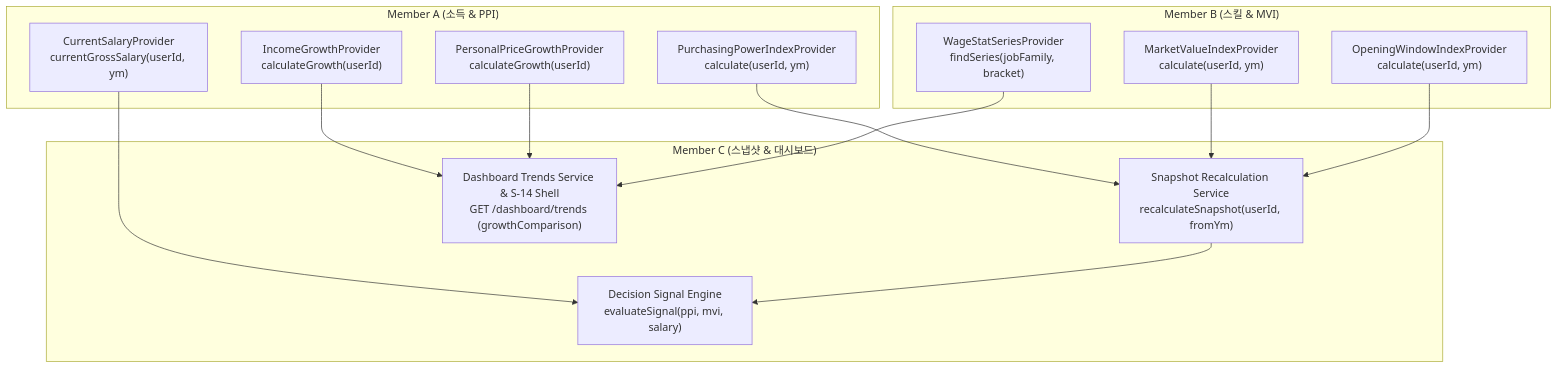
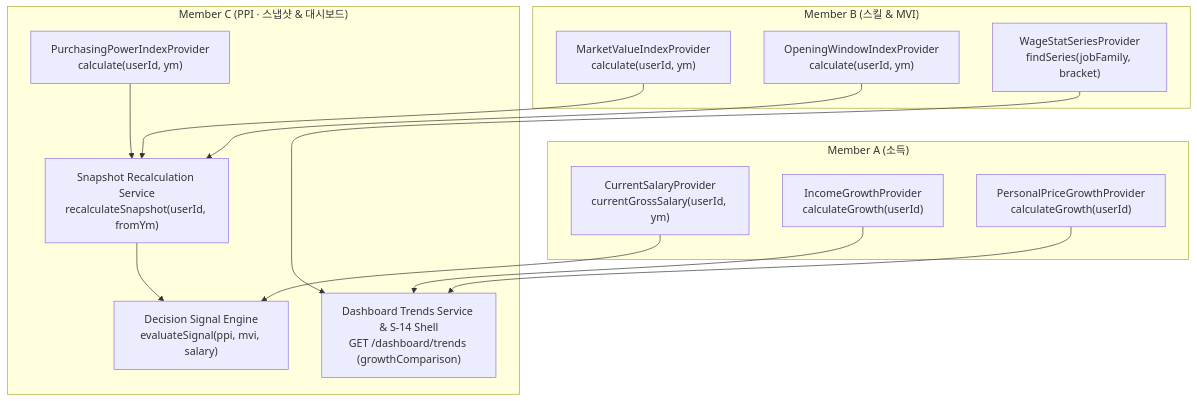
The second of 2 diagrams in docs/plans/carix-dev-plan.md (SeoHyeokGyu/Carix), drawn with Mermaid before and after one commit. The commit also changed other lines of this file and 2 other files, not shown here.

````diff
--- a/docs/plans/carix-dev-plan.md
+++ b/docs/plans/carix-dev-plan.md
@@ -192,30 +188,30 @@
 ```mermaid
 flowchart TD
-    subgraph MemberA ["Member A (소득 & PPI)"]
-        PPI_OUT["PurchasingPowerIndexProvider<br>calculate(userId, ym)"]
+    subgraph MemberA ["Member A (소득)"]
         SAL_OUT["CurrentSalaryProvider<br>currentGrossSalary(userId, ym)"]
         GROWTH_OUT["IncomeGrowthProvider<br>calculateGrowth(userId)"]
         PRICE_GROWTH_OUT["PersonalPriceGrowthProvider<br>calculateGrowth(userId)"]
     end
 
     subgraph MemberB ["Member B (스킬 & MVI)"]
         MVI_OUT["MarketValueIndexProvider<br>calculate(userId, ym)"]
         OWI_OUT["OpeningWindowIndexProvider<br>calculate(userId, ym)"]
         WAGE_SERIES_OUT["WageStatSeriesProvider<br>findSeries(jobFamily, bracket)"]
     end
 
-    subgraph MemberC ["Member C (스냅샷 & 대시보드)"]
+    subgraph MemberC ["Member C (PPI · 스냅샷 & 대시보드)"]
+        PPI_OUT["PurchasingPowerIndexProvider<br>calculate(userId, ym)"]
         SNAP_ENG["Snapshot Recalculation Service<br>recalculateSnapshot(userId, fromYm)"]
         DEC_ENG["Decision Signal Engine<br>evaluateSignal(ppi, mvi, salary)"]
         TRENDS_ENG["Dashboard Trends Service & S-14 Shell<br>GET /dashboard/trends (growthComparison)"]
     end
 
     PPI_OUT --> SNAP_ENG
     MVI_OUT --> SNAP_ENG
     OWI_OUT --> SNAP_ENG
     SAL_OUT --> DEC_ENG
     SNAP_ENG --> DEC_ENG
     GROWTH_OUT --> TRENDS_ENG
     PRICE_GROWTH_OUT --> TRENDS_ENG
     WAGE_SERIES_OUT --> TRENDS_ENG
 ```
````
